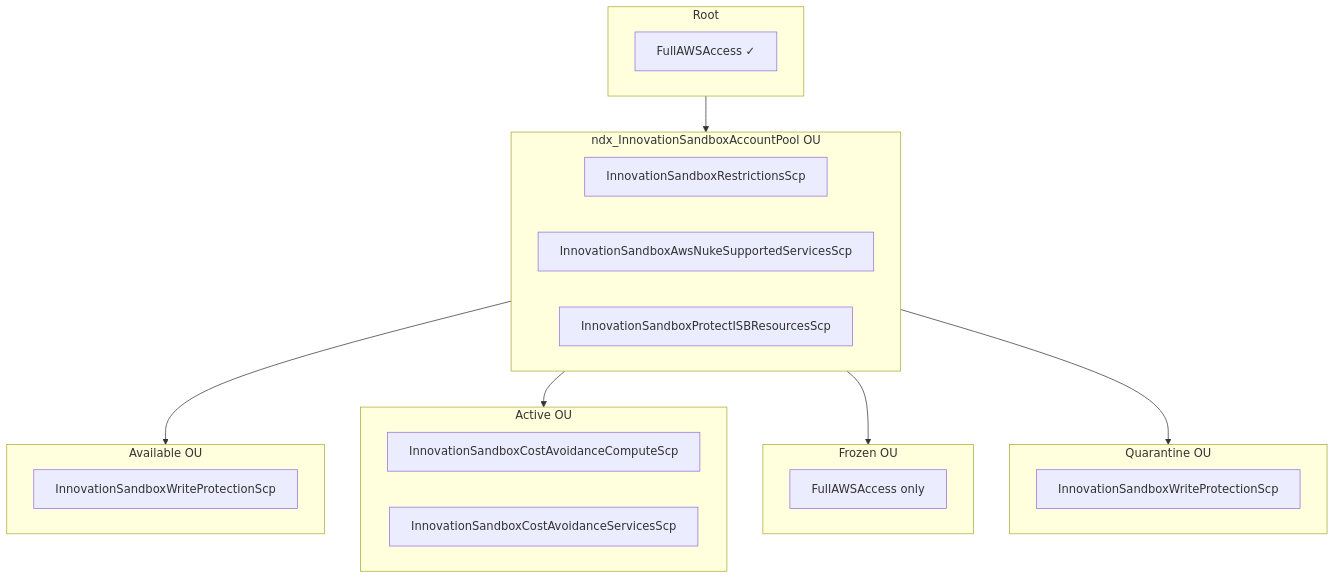
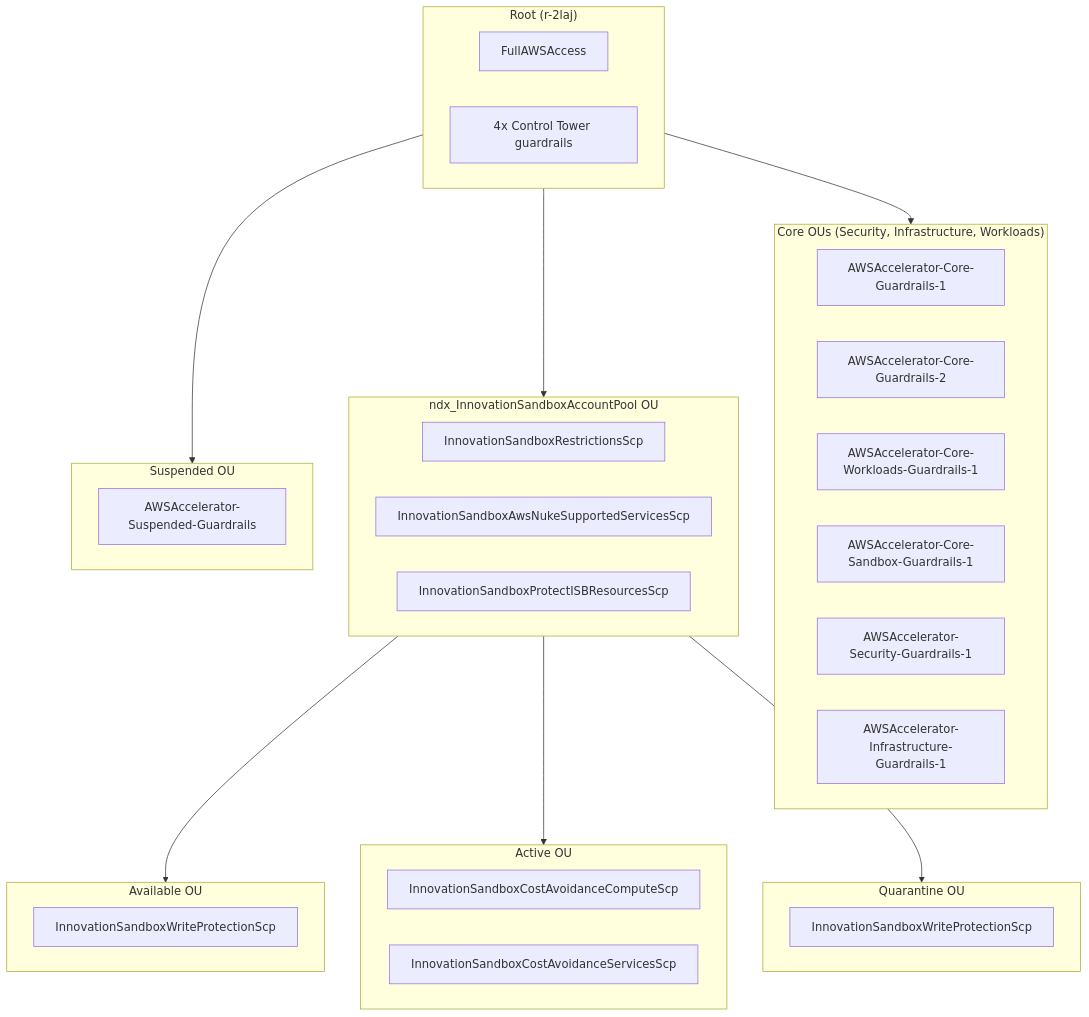
One commit to co-cddo/ndx-try-arch changed the first of 2 diagrams in docs/05-service-control-policies.md. Above: the diagram before and after it, drawn with Mermaid. The commit also changed other lines of this file and 41 other files, not shown here.

First line of the commit message:
docs: update NDX architecture documentation (#9)

````diff
--- a/docs/05-service-control-policies.md
+++ b/docs/05-service-control-policies.md
@@ -65,35 +54,46 @@
 ```mermaid
 flowchart TB
-    subgraph root["Root"]
-        fullaccess["FullAWSAccess ✓"]
+    subgraph root["Root (r-2laj)"]
+        r_fa["FullAWSAccess"]
+        r_ct["4x Control Tower guardrails"]
     end
 
-    subgraph isb_pool["ndx_InnovationSandboxAccountPool OU"]
-        restrictions["InnovationSandboxRestrictionsScp"]
-        nuke["InnovationSandboxAwsNukeSupportedServicesScp"]
-        protect["InnovationSandboxProtectISBResourcesScp"]
+    subgraph core_ous["Core OUs (Security, Infrastructure, Workloads)"]
+        lza_g1["AWSAccelerator-Core-Guardrails-1"]
+        lza_g2["AWSAccelerator-Core-Guardrails-2"]
+        lza_wk["AWSAccelerator-Core-Workloads-Guardrails-1"]
+        lza_sb["AWSAccelerator-Core-Sandbox-Guardrails-1"]
+        lza_sec["AWSAccelerator-Security-Guardrails-1"]
+        lza_inf["AWSAccelerator-Infrastructure-Guardrails-1"]
     end
 
-    subgraph available["Available OU"]
-        write_protect["InnovationSandboxWriteProtectionScp"]
+    subgraph pool_parent["ndx_InnovationSandboxAccountPool OU"]
+        p_restrict["InnovationSandboxRestrictionsScp"]
+        p_nuke["InnovationSandboxAwsNukeSupportedServicesScp"]
+        p_protect["InnovationSandboxProtectISBResourcesScp"]
     end
 
-    subgraph active["Active OU"]
-        cost_compute["InnovationSandboxCostAvoidanceComputeScp"]
-        cost_services["InnovationSandboxCostAvoidanceServicesScp"]
+    subgraph available_ou["Available OU"]
+        a_write["InnovationSandboxWriteProtectionScp"]
     end
 
-    subgraph frozen["Frozen OU"]
-        frozen_full["FullAWSAccess only"]
+    subgraph active_ou["Active OU"]
+        ac_compute["InnovationSandboxCostAvoidanceComputeScp"]
+        ac_services["InnovationSandboxCostAvoidanceServicesScp"]
     end
 
-    subgraph quarantine["Quarantine OU"]
-        quar_write["InnovationSandboxWriteProtectionScp"]
+    subgraph quarantine_ou["Quarantine OU"]
+        q_write["InnovationSandboxWriteProtectionScp"]
     end
 
-    root --> isb_pool
-    isb_pool --> available
-    isb_pool --> active
-    isb_pool --> frozen
-    isb_pool --> quarantine
+    subgraph suspended["Suspended OU"]
+        sus["AWSAccelerator-Suspended-Guardrails"]
+    end
+
+    root --> core_ous
+    root --> pool_parent
+    root --> suspended
+    pool_parent --> available_ou
+    pool_parent --> active_ou
+    pool_parent --> quarantine_ou
 ```
````
